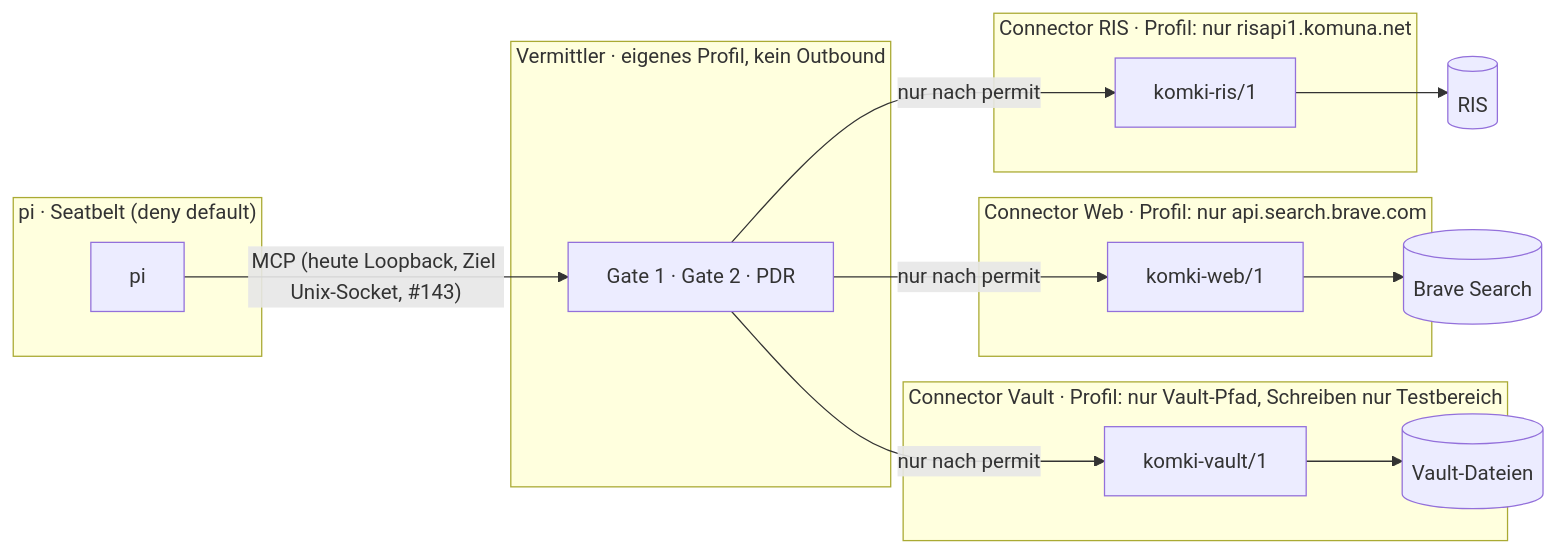
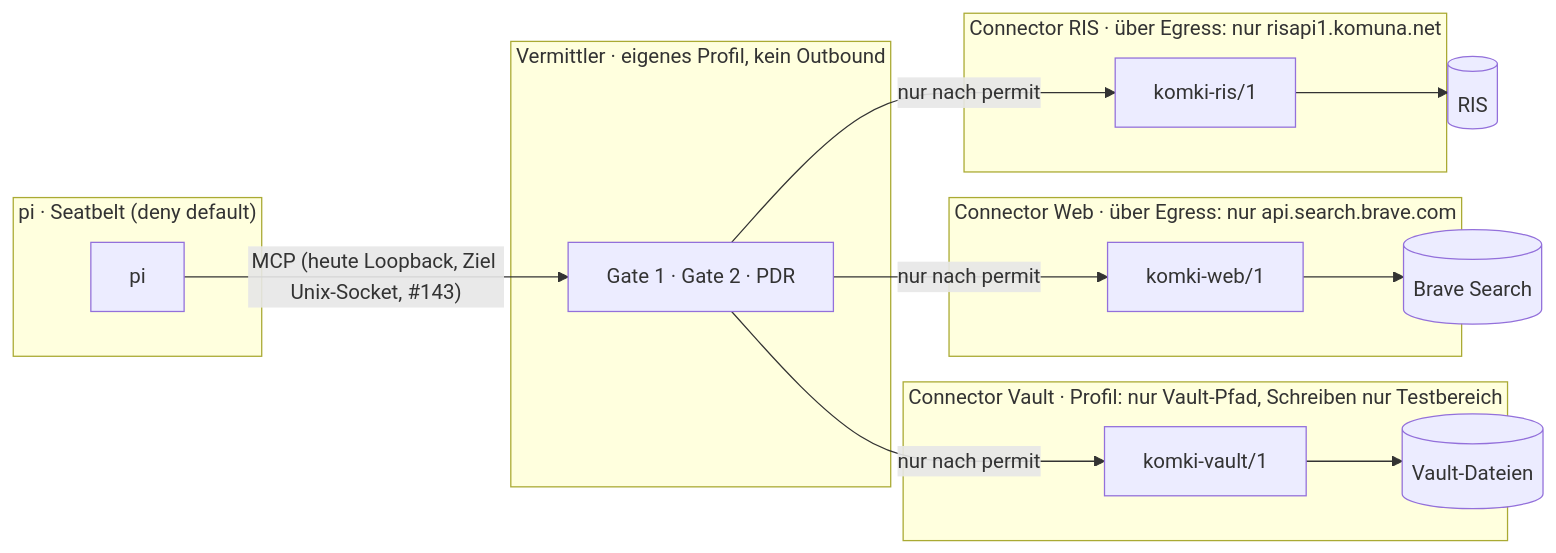
Before and after one commit to croesnick/kommunalpolitik_ki: the first of 2 diagrams in docs/research/2026-10-20-tool-zugang-entscheidungshandbuch.md, drawn with Mermaid. The commit also changed other lines of this file and 1 other file, not shown here.

Commit message:
docs: Handbuch korrigiert (Seatbelt ohne Hostfilter, Egress-Proxy, Kanal-Entscheidung), Labbook Phase 0 (Ticket #147)

````diff
--- a/docs/research/2026-10-20-tool-zugang-entscheidungshandbuch.md
+++ b/docs/research/2026-10-20-tool-zugang-entscheidungshandbuch.md
@@ -201,25 +203,25 @@
 ```mermaid
 flowchart LR
     subgraph SB["pi · Seatbelt (deny default)"]
         PI["pi"]
     end
     subgraph MEDB["Vermittler · eigenes Profil, kein Outbound"]
         MED["Gate 1 · Gate 2 · PDR"]
     end
-    subgraph C1["Connector RIS · Profil: nur risapi1.komuna.net"]
+    subgraph C1["Connector RIS · über Egress: nur risapi1.komuna.net"]
         RIS["komki-ris/1"]
     end
-    subgraph C2["Connector Web · Profil: nur api.search.brave.com"]
+    subgraph C2["Connector Web · über Egress: nur api.search.brave.com"]
         WEB["komki-web/1"]
     end
     subgraph C3["Connector Vault · Profil: nur Vault-Pfad, Schreiben nur Testbereich"]
         VAULT["komki-vault/1"]
     end
     PI -- "MCP (heute Loopback, Ziel Unix-Socket, #143)" --> MED
     MED -- "nur nach permit" --> RIS
     MED -- "nur nach permit" --> WEB
     MED -- "nur nach permit" --> VAULT
     RIS --> EXT1[("RIS")]
     WEB --> EXT2[("Brave Search")]
     VAULT --> EXT3[("Vault-Dateien")]
 ```
````
